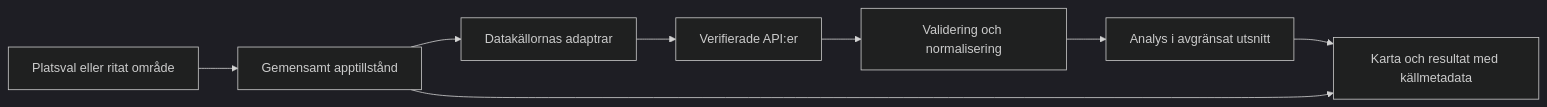
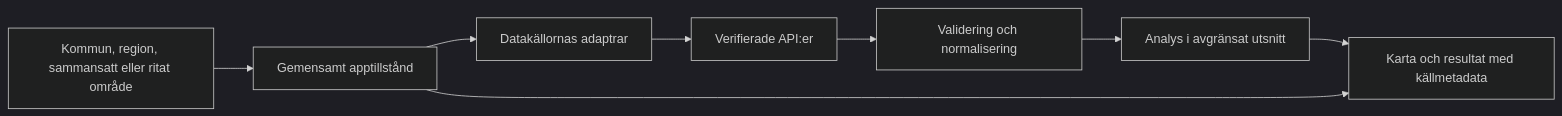
The diagram in ARCHITECTURE.md (gislab-se/platsorientering), drawn with Mermaid (dark theme) before and after one commit. The commit also changed other lines of this file and 35 other files, not shown here.

````diff
--- a/ARCHITECTURE.md
+++ b/ARCHITECTURE.md
@@ -13,10 +15,10 @@
 ```mermaid
 flowchart LR
-    User[Platsval eller ritat område] --> State[Gemensamt apptillstånd]
+    User[Kommun, region, sammansatt eller ritat område] --> State[Gemensamt apptillstånd]
     State --> Providers[Datakällornas adaptrar]
     Providers --> APIs[Verifierade API:er]
     APIs --> Validate[Validering och normalisering]
     Validate --> Analysis[Analys i avgränsat utsnitt]
     Analysis --> UI[Karta och resultat med källmetadata]
     State --> UI
 ```
````
